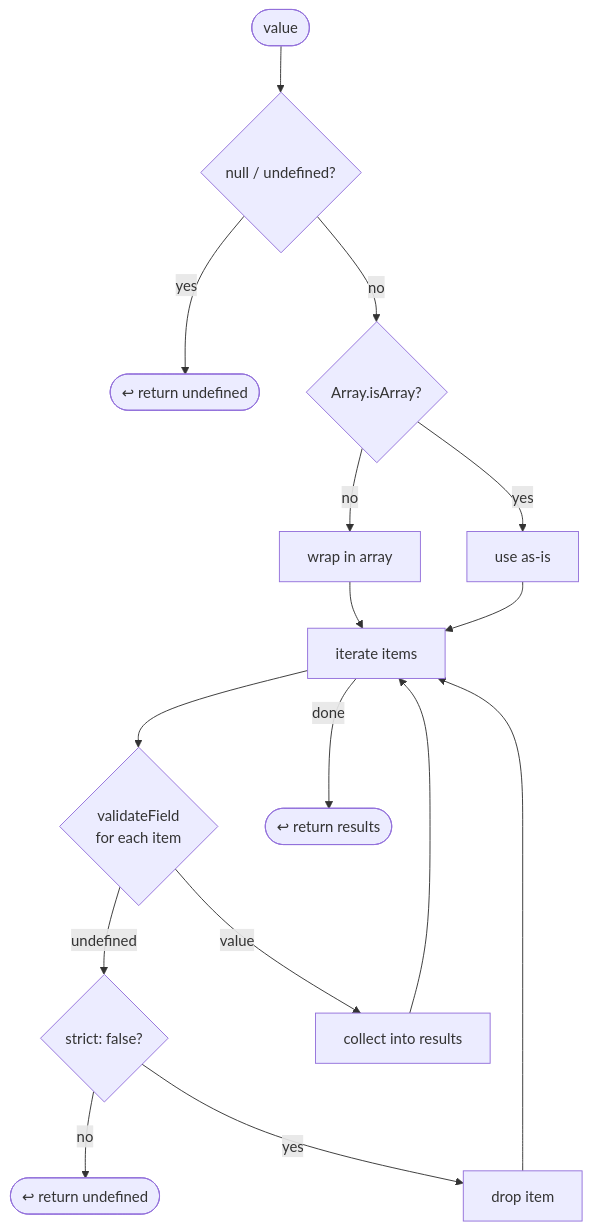
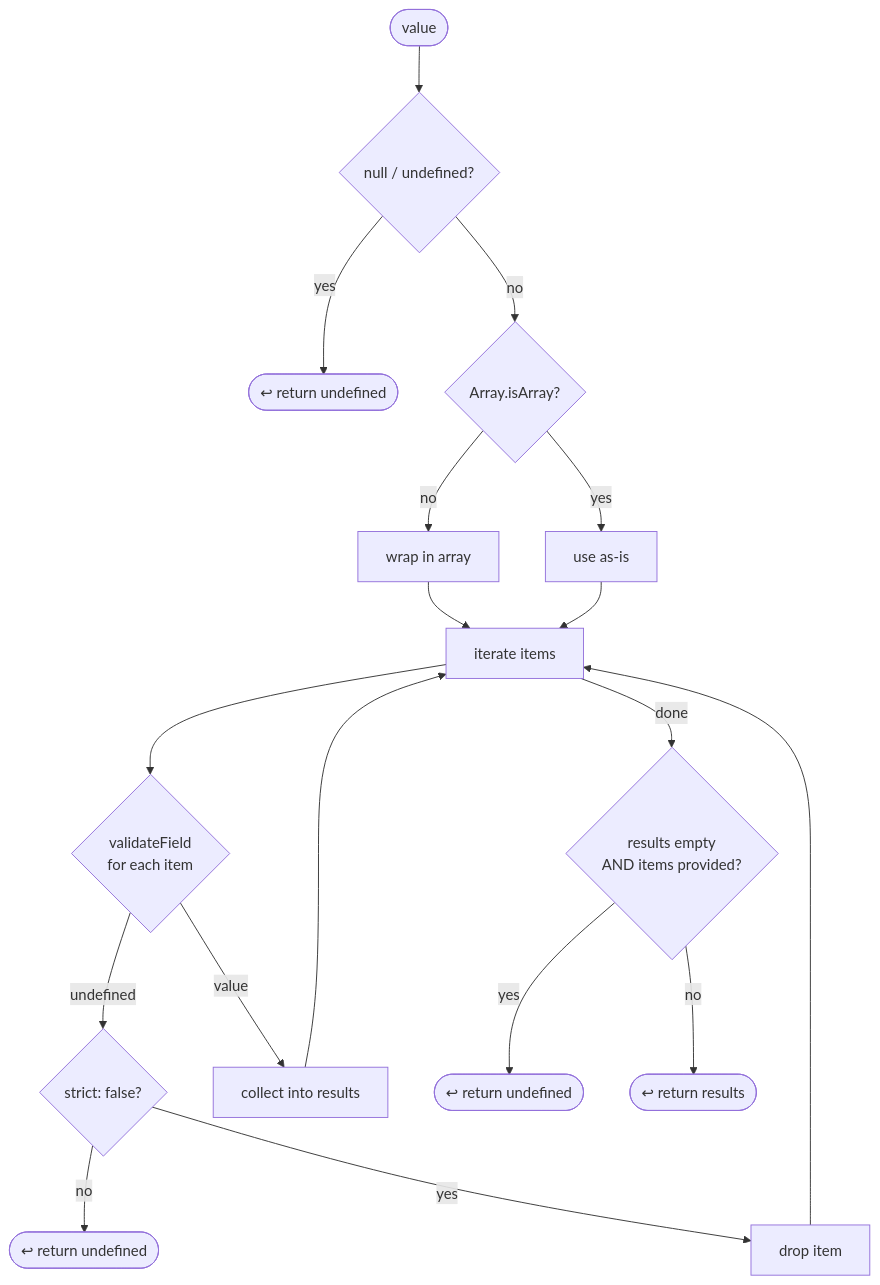
One commit to DataDog/browser-sdk changed the second of 2 diagrams in packages/js-core/src/entries/CONFIGURATION.md. Above: the diagram before and after it, drawn with Mermaid. The commit also changed other lines of this file, not shown here.

````diff
--- a/packages/js-core/src/entries/CONFIGURATION.md
+++ b/packages/js-core/src/entries/CONFIGURATION.md
@@ -60,18 +163,20 @@
 ```mermaid
 flowchart TD
     A([value]) --> B{"null / undefined?"}
     B -- yes --> RU(["↩ return undefined"])
     B -- no  --> C{"Array.isArray?"}
     C -- no  --> D["wrap in array"]
     C -- yes --> E["use as-is"]
     D --> F["iterate items"]
     E --> F
     F --> G{"validateField<br/>for each item"}
     G -- undefined --> SK{"strict: false?"}
     SK -- no  --> RI(["↩ return undefined"])
     SK -- yes --> DR["drop item"]
     G -- value --> CO["collect into results"]
     CO --> F
     DR --> F
-    F -- done --> RR(["↩ return results"])
+    F -- done --> AL{"results empty<br/>AND items provided?"}
+    AL -- yes --> RU2(["↩ return undefined"])
+    AL -- no  --> RR(["↩ return results"])
 ```
````
